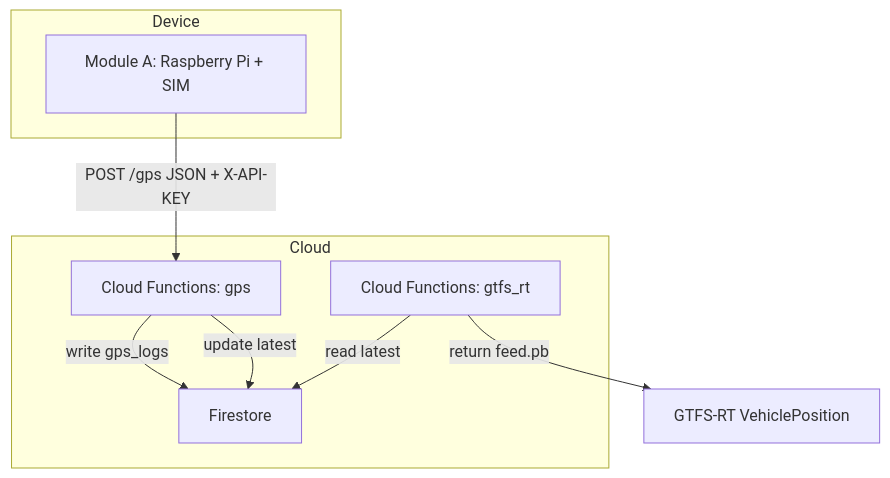
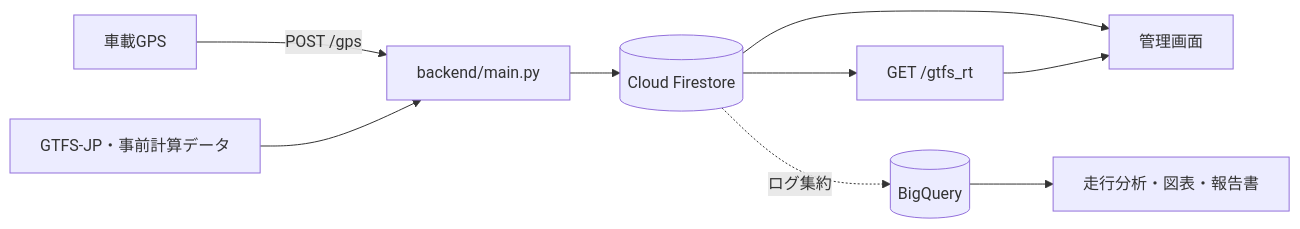
One commit to 2u8a/basuroke-ai-hackathon changed the diagram in README.md. Above: the diagram before and after it, drawn with Mermaid. The commit also changed other lines of this file and 217 other files, not shown here.

`````diff
--- a/README.md
+++ b/README.md
@@ -42,18 +7,11 @@
 ```mermaid
-flowchart TB
-  subgraph Device
-    A[Module A: Raspberry Pi + SIM]
-  end
-
-  subgraph Cloud
-    B[Cloud Functions: gps]
-    D[Cloud Functions: gtfs_rt]
-    C[Firestore]
-  end
-
-  A -->|POST /gps JSON + X-API-KEY| B
-  B -->|write gps_logs| C
-  B -->|update latest| C
-  D -->|read latest| C
-  D -->|return feed.pb| E[GTFS-RT VehiclePosition]
-````
+flowchart LR
+    A[車載GPS] -->|POST /gps| B[backend/main.py]
+    G[GTFS-JP・事前計算データ] --> B
+    B --> F[(Cloud Firestore)]
+    F --> R[GET /gtfs_rt]
+    F --> U[管理画面]
+    R --> U
+    F -. ログ集約 .-> Q[(BigQuery)]
+    Q --> N[走行分析・図表・報告書]
+```
`````
